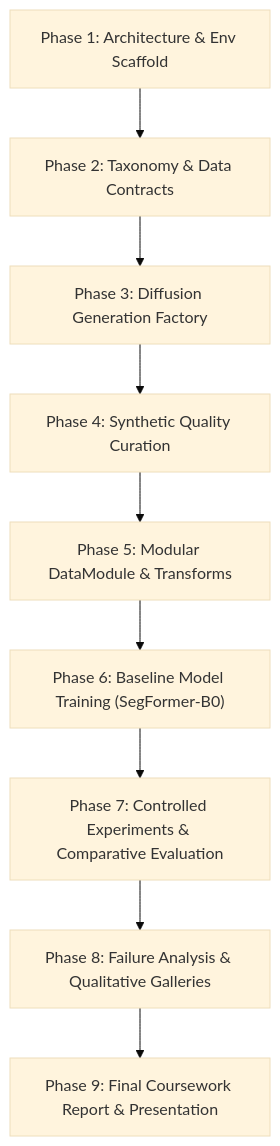
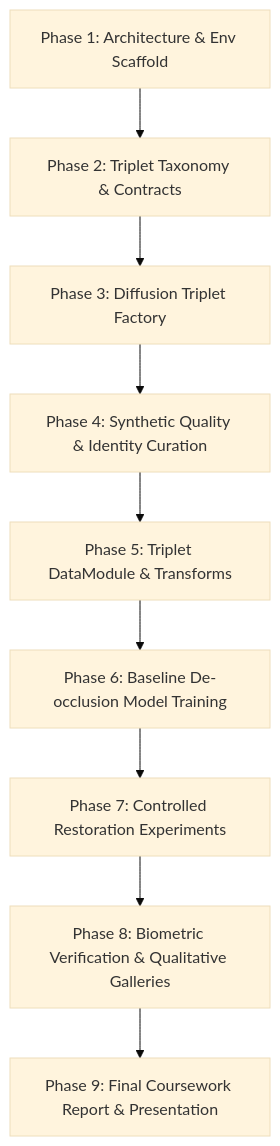
Before and after one commit to bush-le/uth-cv-coursework: the diagram in docs/progress/PROJECT_ROADMAP.md, drawn with Mermaid (base theme). The commit also changed other lines of this file and 12 other files, not shown here.

````diff
--- a/docs/progress/PROJECT_ROADMAP.md
+++ b/docs/progress/PROJECT_ROADMAP.md
@@ -15,11 +15,11 @@
 ```mermaid
 flowchart TD
-    P1["Phase 1: Architecture & Env Scaffold"] --> P2["Phase 2: Taxonomy & Data Contracts"]
-    P2 --> P3["Phase 3: Diffusion Generation Factory"]
-    P3 --> P4["Phase 4: Synthetic Quality Curation"]
-    P4 --> P5["Phase 5: Modular DataModule & Transforms"]
-    P5 --> P6["Phase 6: Baseline Model Training (SegFormer-B0)"]
-    P6 --> P7["Phase 7: Controlled Experiments & Comparative Evaluation"]
-    P7 --> P8["Phase 8: Failure Analysis & Qualitative Galleries"]
+    P1["Phase 1: Architecture & Env Scaffold"] --> P2["Phase 2: Triplet Taxonomy & Contracts"]
+    P2 --> P3["Phase 3: Diffusion Triplet Factory"]
+    P3 --> P4["Phase 4: Synthetic Quality & Identity Curation"]
+    P4 --> P5["Phase 5: Triplet DataModule & Transforms"]
+    P5 --> P6["Phase 6: Baseline De-occlusion Model Training"]
+    P6 --> P7["Phase 7: Controlled Restoration Experiments"]
+    P7 --> P8["Phase 8: Biometric Verification & Qualitative Galleries"]
     P8 --> P9["Phase 9: Final Coursework Report & Presentation"]
 ```
````
